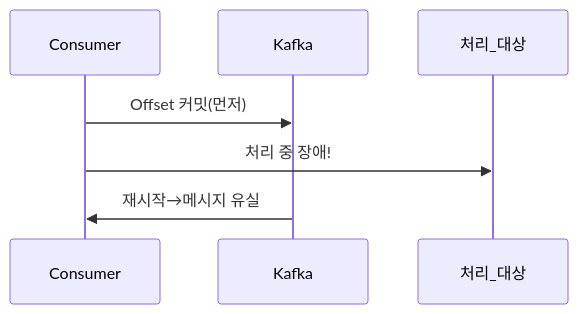
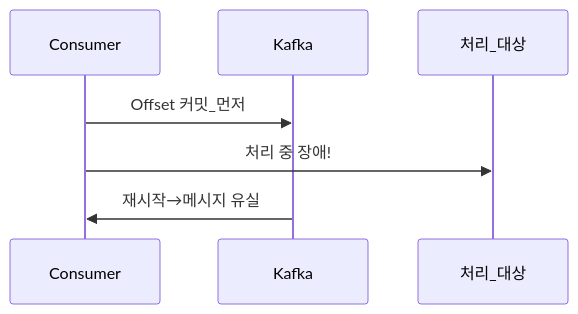
Before and after one commit to yjkim2015/yjkim2015.github.io: diagram 11 of 21 in _posts/kafka/2026-05-01-kafka-internals.md, drawn with Mermaid. The commit also changed other lines of this file and 85 other files, not shown here.

First line of the commit message:
sequenceDiagram 문법 에러 2차 수정 169개 (86파일)

````diff
--- a/_posts/kafka/2026-05-01-kafka-internals.md
+++ b/_posts/kafka/2026-05-01-kafka-internals.md
@@ -292,6 +292,6 @@
 ```mermaid
 sequenceDiagram
-    Consumer->>Kafka: Offset 커밋(먼저)
+    Consumer->>Kafka: Offset 커밋_먼저
     Consumer->>처리_대상: 처리 중 장애!
     Kafka->>Consumer: 재시작→메시지 유실
 ```
````
